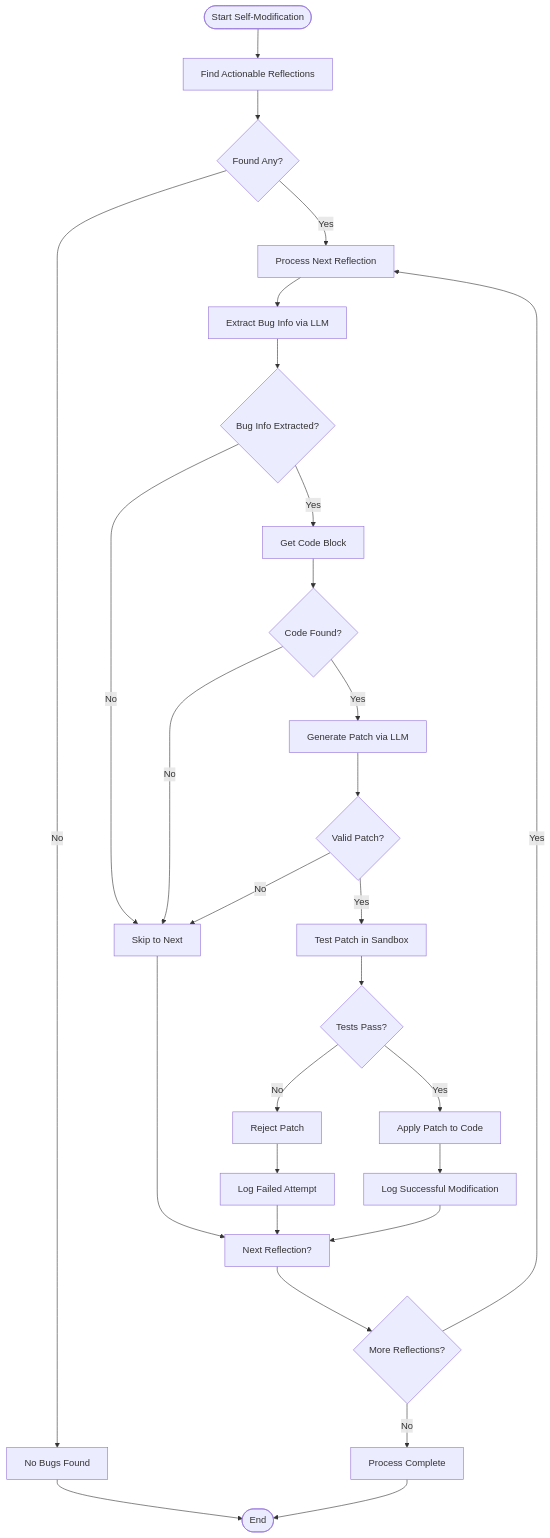
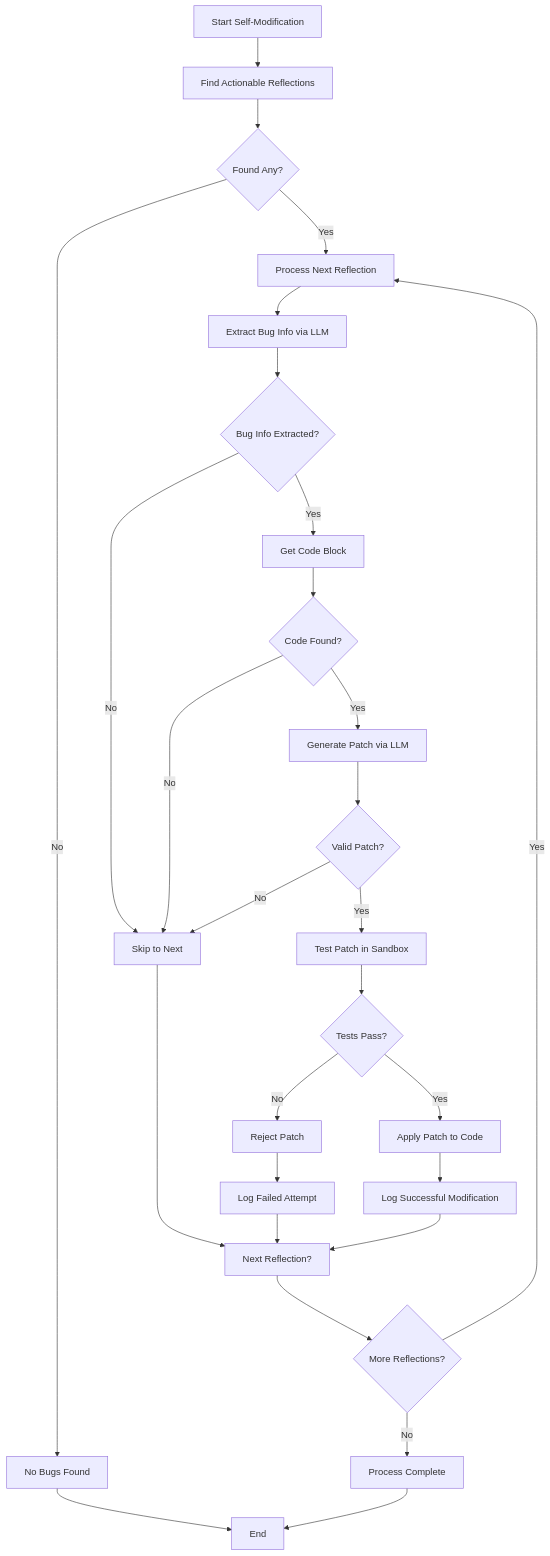
Before and after one commit to Likhithsai2580/RAVANA-WIKI: the third of 4 diagrams in docs/Self-Improvement.md, drawn with Mermaid. The commit also changed 52 other files, not shown here.

First line of the commit message:
chore(docs): update documentation content, fix Mermaid diagrams, and enhance README

````diff
--- a/docs/Self-Improvement.md
+++ b/docs/Self-Improvement.md
@@ -207,30 +207,30 @@
 ```mermaid
 flowchart TD
-Start([Start Self-Modification]) --> FindActionable["Find Actionable Reflections"]
+Start["Start Self-Modification"] --> FindActionable["Find Actionable Reflections"]
 FindActionable --> CheckFound{"Found Any?"}
 CheckFound --> |No| EndNo["No Bugs Found"]
 CheckFound --> |Yes| ProcessEntry["Process Next Reflection"]
 ProcessEntry --> ExtractBug["Extract Bug Info via LLM"]
 ExtractBug --> CheckExtracted{"Bug Info Extracted?"}
 CheckExtracted --> |No| SkipEntry["Skip to Next"]
 CheckExtracted --> |Yes| GetCode["Get Code Block"]
 GetCode --> CheckCode{"Code Found?"}
 CheckCode --> |No| SkipEntry
 CheckCode --> |Yes| GeneratePatch["Generate Patch via LLM"]
 GeneratePatch --> CheckPatch{"Valid Patch?"}
 CheckPatch --> |No| SkipEntry
 CheckPatch --> |Yes| TestPatch["Test Patch in Sandbox"]
 TestPatch --> CheckTests{"Tests Pass?"}
 CheckTests --> |No| Reject["Reject Patch"]
 CheckTests --> |Yes| Apply["Apply Patch to Code"]
 Apply --> LogSuccess["Log Successful Modification"]
 Reject --> LogFail["Log Failed Attempt"]
 LogSuccess --> NextEntry["Next Reflection?"]
 LogFail --> NextEntry
 SkipEntry --> NextEntry
 NextEntry --> CheckMore{"More Reflections?"}
 CheckMore --> |Yes| ProcessEntry
 CheckMore --> |No| EndYes["Process Complete"]
-EndNo --> End([End])
+EndNo --> End["End"]
 EndYes --> End
 ```
````
